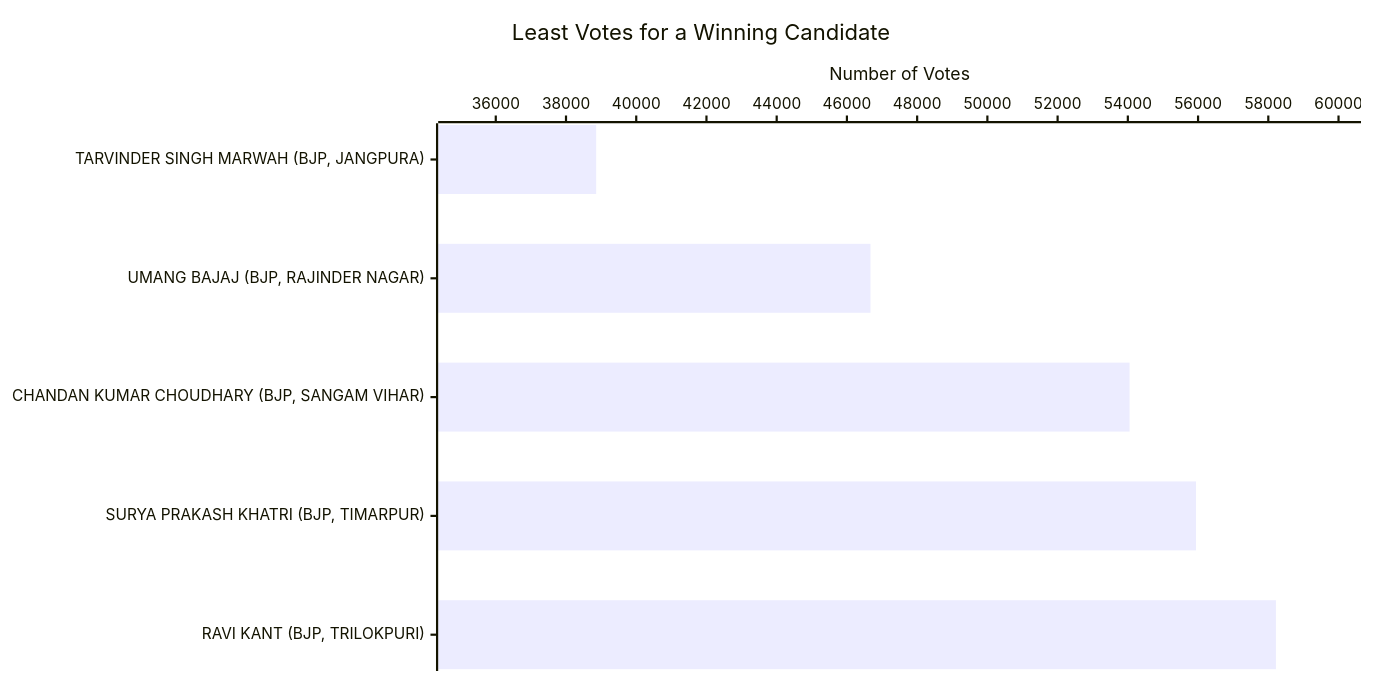
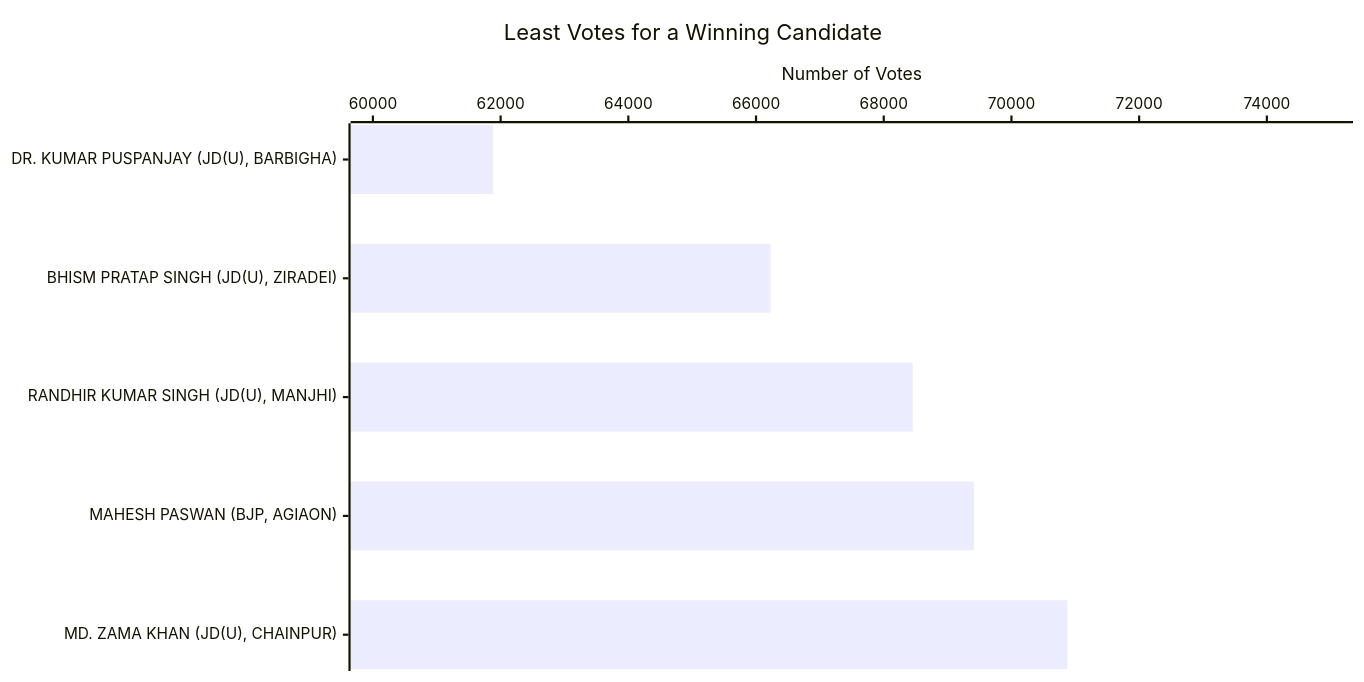
The third of 23 diagrams in BIHAR-GRAPH.md (arjunswaj/elections), drawn with Mermaid before and after one commit. The commit also changed other lines of this file and 5 other files, not shown here.

````diff
--- a/BIHAR-GRAPH.md
+++ b/BIHAR-GRAPH.md
@@ -93,17 +93,17 @@
 ```mermaid
 ---
 config:
     xyChart:
         width: 1200
         height: 600
         chartOrientation: horizontal
         dataLabels:
             enabled: true
             placement: end
 ---
 xychart-beta
     title "Least Votes for a Winning Candidate"
-    x-axis ["TARVINDER SINGH MARWAH (BJP, JANGPURA)", "UMANG BAJAJ (BJP, RAJINDER NAGAR)", "CHANDAN KUMAR CHOUDHARY (BJP, SANGAM VIHAR)", "SURYA PRAKASH KHATRI (BJP, TIMARPUR)", "RAVI KANT (BJP, TRILOKPURI)"]
-    y-axis "Number of Votes" 35000 --> 60000
-    bar [38859, 46671, 54049, 55941, 58217]
+    x-axis ["DR. KUMAR PUSPANJAY (JD(U), BARBIGHA)", "BHISM PRATAP SINGH (JD(U), ZIRADEI)", "RANDHIR KUMAR SINGH (JD(U), MANJHI)", "MAHESH PASWAN (BJP, AGIAON)", "MD. ZAMA KHAN (JD(U), CHAINPUR)"]
+    y-axis "Number of Votes" 60000 --> 75000
+    bar [61882, 66227, 68455, 69412, 70876]
 ```
````
